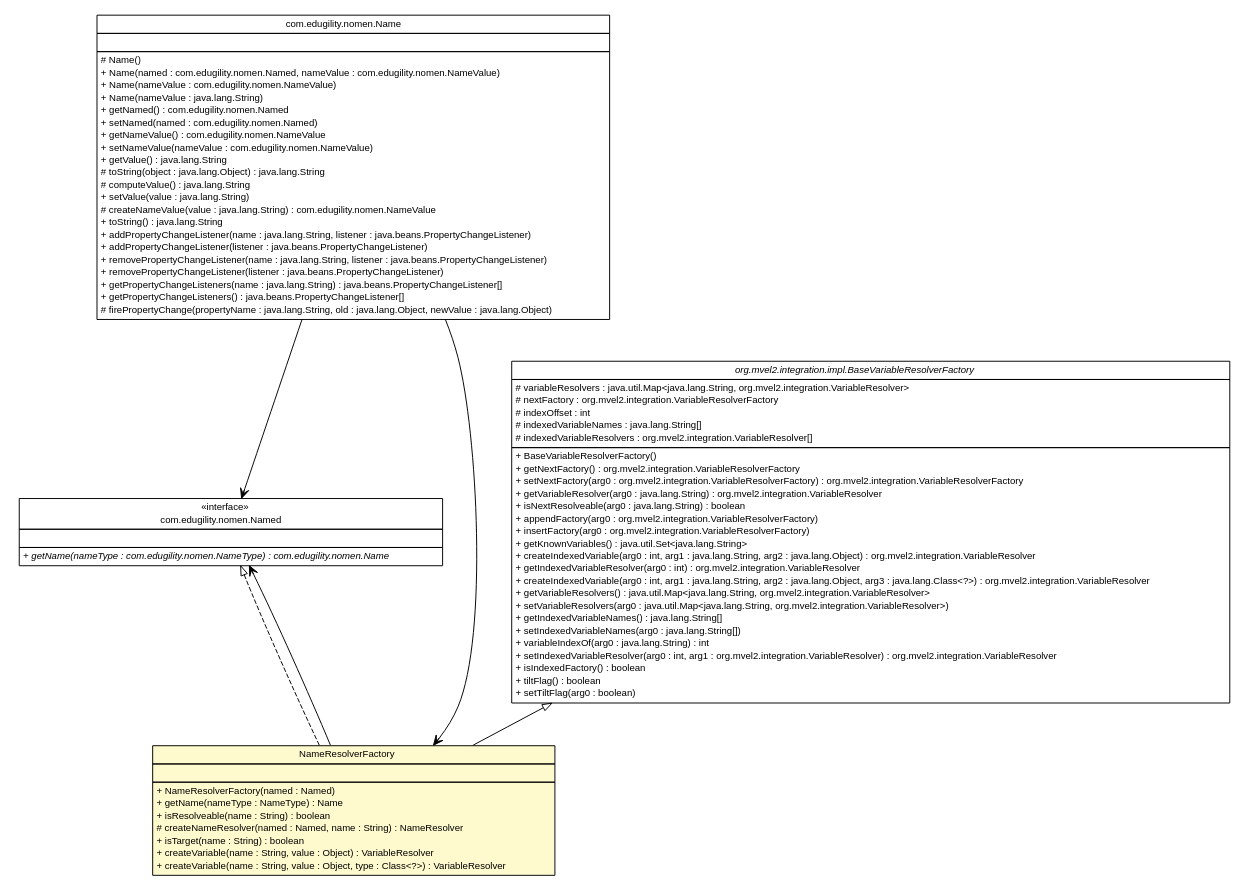
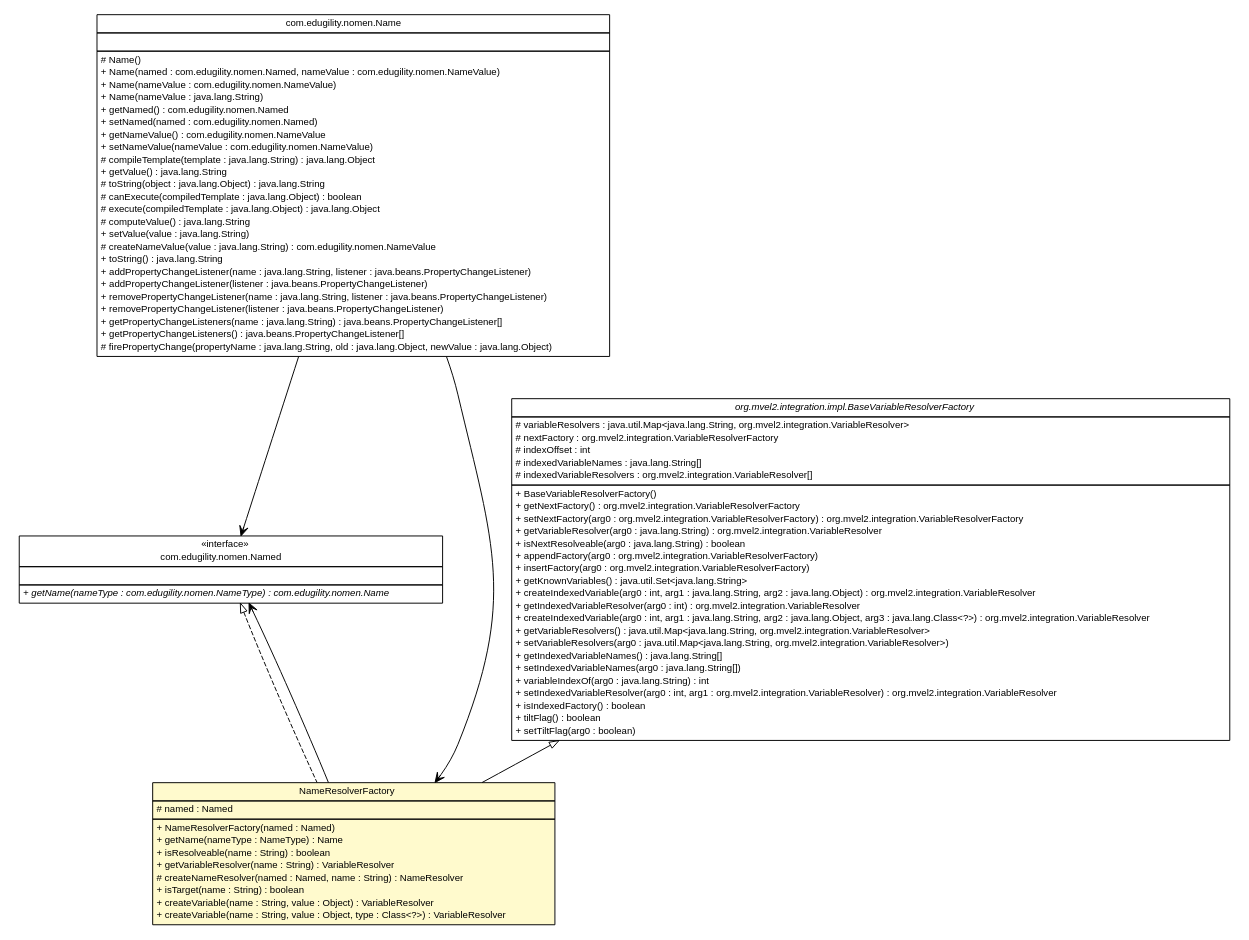
Before and after one commit to ljnelson/nomen: the diagram in apidocs/com/edugility/nomen/mvel/NameResolverFactory.dot, drawn with Graphviz. The commit also changed 127 other files, not shown here.

```diff
--- a/apidocs/com/edugility/nomen/mvel/NameResolverFactory.dot
+++ b/apidocs/com/edugility/nomen/mvel/NameResolverFactory.dot
@@ -1,120 +1,124 @@
 #!/usr/local/bin/dot
 #
 # Class diagram 
 # Generated by UMLGraph version R5_6-24-gf6e263 (http://www.umlgraph.org/)
 #
 
 digraph G {
 	edge [fontname="Helvetica",fontsize=10,labelfontname="Helvetica",labelfontsize=10];
 	node [fontname="Helvetica",fontsize=10,shape=plaintext];
 	nodesep=0.25;
 	ranksep=0.5;
 	// com.edugility.nomen.Named
-	c126 [label=<<table title="com.edugility.nomen.Named" border="0" cellborder="1" cellspacing="0" cellpadding="2" port="p" href="../Named.html">
+	c124 [label=<<table title="com.edugility.nomen.Named" border="0" cellborder="1" cellspacing="0" cellpadding="2" port="p" href="../Named.html">
 		<tr><td><table border="0" cellspacing="0" cellpadding="1">
 <tr><td align="center" balign="center"> &#171;interface&#187; </td></tr>
 <tr><td align="center" balign="center"> com.edugility.nomen.Named </td></tr>
 		</table></td></tr>
 		<tr><td><table border="0" cellspacing="0" cellpadding="1">
 <tr><td align="left" balign="left">  </td></tr>
 		</table></td></tr>
 		<tr><td><table border="0" cellspacing="0" cellpadding="1">
 <tr><td align="left" balign="left"><font face="Helvetica-Oblique" point-size="10.0"> + getName(nameType : com.edugility.nomen.NameType) : com.edugility.nomen.Name </font></td></tr>
 		</table></td></tr>
 		</table>>, URL="../Named.html", fontname="Helvetica", fontcolor="black", fontsize=10.0];
 	// com.edugility.nomen.Name
-	c127 [label=<<table title="com.edugility.nomen.Name" border="0" cellborder="1" cellspacing="0" cellpadding="2" port="p" href="../Name.html">
+	c125 [label=<<table title="com.edugility.nomen.Name" border="0" cellborder="1" cellspacing="0" cellpadding="2" port="p" href="../Name.html">
 		<tr><td><table border="0" cellspacing="0" cellpadding="1">
 <tr><td align="center" balign="center"> com.edugility.nomen.Name </td></tr>
 		</table></td></tr>
 		<tr><td><table border="0" cellspacing="0" cellpadding="1">
 <tr><td align="left" balign="left">  </td></tr>
 		</table></td></tr>
 		<tr><td><table border="0" cellspacing="0" cellpadding="1">
 <tr><td align="left" balign="left"> # Name() </td></tr>
 <tr><td align="left" balign="left"> + Name(named : com.edugility.nomen.Named, nameValue : com.edugility.nomen.NameValue) </td></tr>
 <tr><td align="left" balign="left"> + Name(nameValue : com.edugility.nomen.NameValue) </td></tr>
 <tr><td align="left" balign="left"> + Name(nameValue : java.lang.String) </td></tr>
 <tr><td align="left" balign="left"> + getNamed() : com.edugility.nomen.Named </td></tr>
 <tr><td align="left" balign="left"> + setNamed(named : com.edugility.nomen.Named) </td></tr>
 <tr><td align="left" balign="left"> + getNameValue() : com.edugility.nomen.NameValue </td></tr>
 <tr><td align="left" balign="left"> + setNameValue(nameValue : com.edugility.nomen.NameValue) </td></tr>
+<tr><td align="left" balign="left"> # compileTemplate(template : java.lang.String) : java.lang.Object </td></tr>
 <tr><td align="left" balign="left"> + getValue() : java.lang.String </td></tr>
 <tr><td align="left" balign="left"> # toString(object : java.lang.Object) : java.lang.String </td></tr>
+<tr><td align="left" balign="left"> # canExecute(compiledTemplate : java.lang.Object) : boolean </td></tr>
+<tr><td align="left" balign="left"> # execute(compiledTemplate : java.lang.Object) : java.lang.Object </td></tr>
 <tr><td align="left" balign="left"> # computeValue() : java.lang.String </td></tr>
 <tr><td align="left" balign="left"> + setValue(value : java.lang.String) </td></tr>
 <tr><td align="left" balign="left"> # createNameValue(value : java.lang.String) : com.edugility.nomen.NameValue </td></tr>
 <tr><td align="left" balign="left"> + toString() : java.lang.String </td></tr>
 <tr><td align="left" balign="left"> + addPropertyChangeListener(name : java.lang.String, listener : java.beans.PropertyChangeListener) </td></tr>
 <tr><td align="left" balign="left"> + addPropertyChangeListener(listener : java.beans.PropertyChangeListener) </td></tr>
 <tr><td align="left" balign="left"> + removePropertyChangeListener(name : java.lang.String, listener : java.beans.PropertyChangeListener) </td></tr>
 <tr><td align="left" balign="left"> + removePropertyChangeListener(listener : java.beans.PropertyChangeListener) </td></tr>
 <tr><td align="left" balign="left"> + getPropertyChangeListeners(name : java.lang.String) : java.beans.PropertyChangeListener[] </td></tr>
 <tr><td align="left" balign="left"> + getPropertyChangeListeners() : java.beans.PropertyChangeListener[] </td></tr>
 <tr><td align="left" balign="left"> # firePropertyChange(propertyName : java.lang.String, old : java.lang.Object, newValue : java.lang.Object) </td></tr>
 		</table></td></tr>
 		</table>>, URL="../Name.html", fontname="Helvetica", fontcolor="black", fontsize=10.0];
 	// com.edugility.nomen.mvel.NameResolverFactory
-	c131 [label=<<table title="com.edugility.nomen.mvel.NameResolverFactory" border="0" cellborder="1" cellspacing="0" cellpadding="2" port="p" bgcolor="lemonChiffon" href="./NameResolverFactory.html">
+	c129 [label=<<table title="com.edugility.nomen.mvel.NameResolverFactory" border="0" cellborder="1" cellspacing="0" cellpadding="2" port="p" bgcolor="lemonChiffon" href="./NameResolverFactory.html">
 		<tr><td><table border="0" cellspacing="0" cellpadding="1">
 <tr><td align="center" balign="center"> NameResolverFactory </td></tr>
 		</table></td></tr>
 		<tr><td><table border="0" cellspacing="0" cellpadding="1">
-<tr><td align="left" balign="left">  </td></tr>
+<tr><td align="left" balign="left"> # named : Named </td></tr>
 		</table></td></tr>
 		<tr><td><table border="0" cellspacing="0" cellpadding="1">
 <tr><td align="left" balign="left"> + NameResolverFactory(named : Named) </td></tr>
 <tr><td align="left" balign="left"> + getName(nameType : NameType) : Name </td></tr>
 <tr><td align="left" balign="left"> + isResolveable(name : String) : boolean </td></tr>
+<tr><td align="left" balign="left"> + getVariableResolver(name : String) : VariableResolver </td></tr>
 <tr><td align="left" balign="left"> # createNameResolver(named : Named, name : String) : NameResolver </td></tr>
 <tr><td align="left" balign="left"> + isTarget(name : String) : boolean </td></tr>
 <tr><td align="left" balign="left"> + createVariable(name : String, value : Object) : VariableResolver </td></tr>
 <tr><td align="left" balign="left"> + createVariable(name : String, value : Object, type : Class&lt;?&gt;) : VariableResolver </td></tr>
 		</table></td></tr>
 		</table>>, URL="./NameResolverFactory.html", fontname="Helvetica", fontcolor="black", fontsize=10.0];
 	//com.edugility.nomen.mvel.NameResolverFactory extends org.mvel2.integration.impl.BaseVariableResolverFactory
-	c133:p -> c131:p [dir=back,arrowtail=empty];
+	c131:p -> c129:p [dir=back,arrowtail=empty];
 	//com.edugility.nomen.mvel.NameResolverFactory implements com.edugility.nomen.Named
-	c126:p -> c131:p [dir=back,arrowtail=empty,style=dashed];
+	c124:p -> c129:p [dir=back,arrowtail=empty,style=dashed];
 	// com.edugility.nomen.Name NAVASSOC com.edugility.nomen.Named
-	c127:p -> c126:p [taillabel="", label="", headlabel="", fontname="Helvetica", fontcolor="black", fontsize=10.0, color="black", arrowhead=open];
+	c125:p -> c124:p [taillabel="", label="", headlabel="", fontname="Helvetica", fontcolor="black", fontsize=10.0, color="black", arrowhead=open];
 	// com.edugility.nomen.Name NAVASSOC com.edugility.nomen.mvel.NameResolverFactory
-	c127:p -> c131:p [taillabel="", label="", headlabel="", fontname="Helvetica", fontcolor="black", fontsize=10.0, color="black", arrowhead=open];
+	c125:p -> c129:p [taillabel="", label="", headlabel="", fontname="Helvetica", fontcolor="black", fontsize=10.0, color="black", arrowhead=open];
 	// com.edugility.nomen.mvel.NameResolverFactory NAVASSOC com.edugility.nomen.Named
-	c131:p -> c126:p [taillabel="", label="", headlabel="", fontname="Helvetica", fontcolor="black", fontsize=10.0, color="black", arrowhead=open];
+	c129:p -> c124:p [taillabel="", label="", headlabel="", fontname="Helvetica", fontcolor="black", fontsize=10.0, color="black", arrowhead=open];
 	// org.mvel2.integration.impl.BaseVariableResolverFactory
-	c133 [label=<<table title="org.mvel2.integration.impl.BaseVariableResolverFactory" border="0" cellborder="1" cellspacing="0" cellpadding="2" port="p" href="http://java.sun.com/j2se/1.4.2/docs/api/org/mvel2/integration/impl/BaseVariableResolverFactory.html">
+	c131 [label=<<table title="org.mvel2.integration.impl.BaseVariableResolverFactory" border="0" cellborder="1" cellspacing="0" cellpadding="2" port="p">
 		<tr><td><table border="0" cellspacing="0" cellpadding="1">
 <tr><td align="center" balign="center"><font face="Helvetica-Oblique"> org.mvel2.integration.impl.BaseVariableResolverFactory </font></td></tr>
 		</table></td></tr>
 		<tr><td><table border="0" cellspacing="0" cellpadding="1">
 <tr><td align="left" balign="left"> # variableResolvers : java.util.Map&lt;java.lang.String, org.mvel2.integration.VariableResolver&gt; </td></tr>
 <tr><td align="left" balign="left"> # nextFactory : org.mvel2.integration.VariableResolverFactory </td></tr>
 <tr><td align="left" balign="left"> # indexOffset : int </td></tr>
 <tr><td align="left" balign="left"> # indexedVariableNames : java.lang.String[] </td></tr>
 <tr><td align="left" balign="left"> # indexedVariableResolvers : org.mvel2.integration.VariableResolver[] </td></tr>
 		</table></td></tr>
 		<tr><td><table border="0" cellspacing="0" cellpadding="1">
 <tr><td align="left" balign="left"> + BaseVariableResolverFactory() </td></tr>
 <tr><td align="left" balign="left"> + getNextFactory() : org.mvel2.integration.VariableResolverFactory </td></tr>
 <tr><td align="left" balign="left"> + setNextFactory(arg0 : org.mvel2.integration.VariableResolverFactory) : org.mvel2.integration.VariableResolverFactory </td></tr>
 <tr><td align="left" balign="left"> + getVariableResolver(arg0 : java.lang.String) : org.mvel2.integration.VariableResolver </td></tr>
 <tr><td align="left" balign="left"> + isNextResolveable(arg0 : java.lang.String) : boolean </td></tr>
 <tr><td align="left" balign="left"> + appendFactory(arg0 : org.mvel2.integration.VariableResolverFactory) </td></tr>
 <tr><td align="left" balign="left"> + insertFactory(arg0 : org.mvel2.integration.VariableResolverFactory) </td></tr>
 <tr><td align="left" balign="left"> + getKnownVariables() : java.util.Set&lt;java.lang.String&gt; </td></tr>
 <tr><td align="left" balign="left"> + createIndexedVariable(arg0 : int, arg1 : java.lang.String, arg2 : java.lang.Object) : org.mvel2.integration.VariableResolver </td></tr>
 <tr><td align="left" balign="left"> + getIndexedVariableResolver(arg0 : int) : org.mvel2.integration.VariableResolver </td></tr>
 <tr><td align="left" balign="left"> + createIndexedVariable(arg0 : int, arg1 : java.lang.String, arg2 : java.lang.Object, arg3 : java.lang.Class&lt;?&gt;) : org.mvel2.integration.VariableResolver </td></tr>
 <tr><td align="left" balign="left"> + getVariableResolvers() : java.util.Map&lt;java.lang.String, org.mvel2.integration.VariableResolver&gt; </td></tr>
 <tr><td align="left" balign="left"> + setVariableResolvers(arg0 : java.util.Map&lt;java.lang.String, org.mvel2.integration.VariableResolver&gt;) </td></tr>
 <tr><td align="left" balign="left"> + getIndexedVariableNames() : java.lang.String[] </td></tr>
 <tr><td align="left" balign="left"> + setIndexedVariableNames(arg0 : java.lang.String[]) </td></tr>
 <tr><td align="left" balign="left"> + variableIndexOf(arg0 : java.lang.String) : int </td></tr>
 <tr><td align="left" balign="left"> + setIndexedVariableResolver(arg0 : int, arg1 : org.mvel2.integration.VariableResolver) : org.mvel2.integration.VariableResolver </td></tr>
 <tr><td align="left" balign="left"> + isIndexedFactory() : boolean </td></tr>
 <tr><td align="left" balign="left"> + tiltFlag() : boolean </td></tr>
 <tr><td align="left" balign="left"> + setTiltFlag(arg0 : boolean) </td></tr>
 		</table></td></tr>
-		</table>>, URL="http://java.sun.com/j2se/1.4.2/docs/api/org/mvel2/integration/impl/BaseVariableResolverFactory.html", fontname="Helvetica", fontcolor="black", fontsize=10.0];
+		</table>>, URL="null", fontname="Helvetica", fontcolor="black", fontsize=10.0];
 }
```
